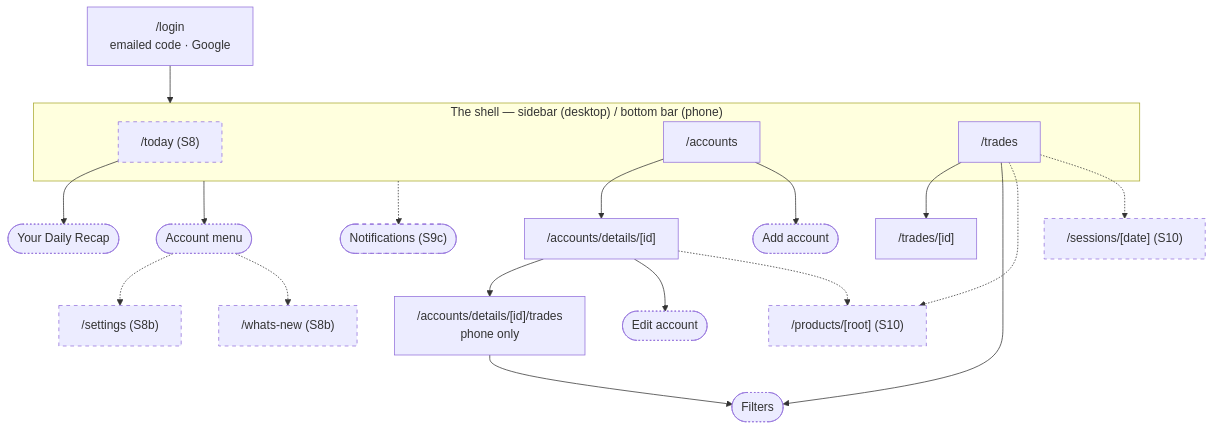
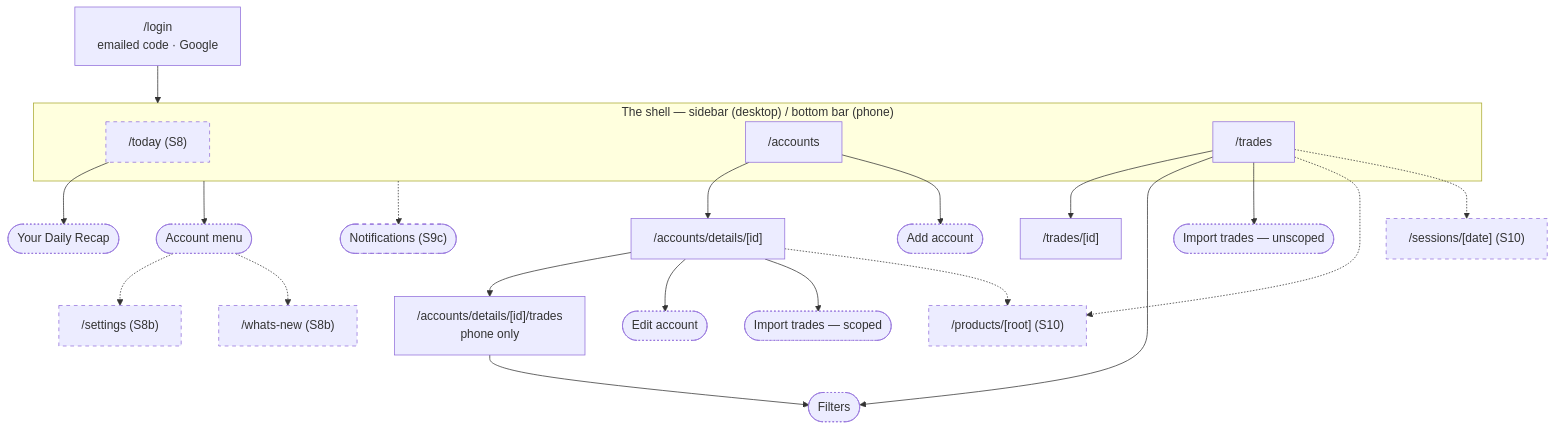
The second of 15 diagrams in docs/user-guide.md (modryn-studio/run-rebuild), drawn with Mermaid before and after one commit. The commit also changed other lines of this file and 11 other files, not shown here.

````diff
--- a/docs/user-guide.md
+++ b/docs/user-guide.md
@@ -42,42 +42,46 @@
 ```mermaid
 flowchart TD
   Login["/login<br/>emailed code · Google"] --> Shell
 
   subgraph Shell["The shell — sidebar (desktop) / bottom bar (phone)"]
     Today["/today (S8)"]
     Accounts["/accounts"]
     Trades["/trades"]
   end
 
   Today --> Recap(["Your Daily Recap"])
 
   Accounts --> Detail["/accounts/details/[id]"]
   Detail --> AcctTape["/accounts/details/[id]/trades<br/>phone only"]
   Accounts --> AddAcct(["Add account"])
   Detail --> EditAcct(["Edit account"])
+  Detail --> ImportAcct(["Import trades — scoped"])
 
   Trades --> TradeDetail["/trades/[id]"]
   Trades --> Filters(["Filters"])
+  Trades --> ImportTape(["Import trades — unscoped"])
   AcctTape --> Filters
 
   Trades -.-> Product["/products/[root] (S10)"]
   Detail -.-> Product
   Trades -.-> Session["/sessions/[date] (S10)"]
 
   Shell --> Menu(["Account menu"])
   Menu -.-> Settings["/settings (S8b)"]
   Menu -.-> WhatsNew["/whats-new (S8b)"]
   Shell -.-> Notifs(["Notifications (S9c)"])
 
+  style ImportAcct stroke-dasharray: 2 3
+  style ImportTape stroke-dasharray: 2 3
   style Today stroke-dasharray: 5 5
   style Recap stroke-dasharray: 2 3
   style Settings stroke-dasharray: 5 5
   style WhatsNew stroke-dasharray: 5 5
   style Notifs stroke-dasharray: 5 5
   style Product stroke-dasharray: 5 5
   style Session stroke-dasharray: 5 5
   style AddAcct stroke-dasharray: 2 3
   style EditAcct stroke-dasharray: 2 3
   style Filters stroke-dasharray: 2 3
   style Menu stroke-dasharray: 2 3
 ```
````
